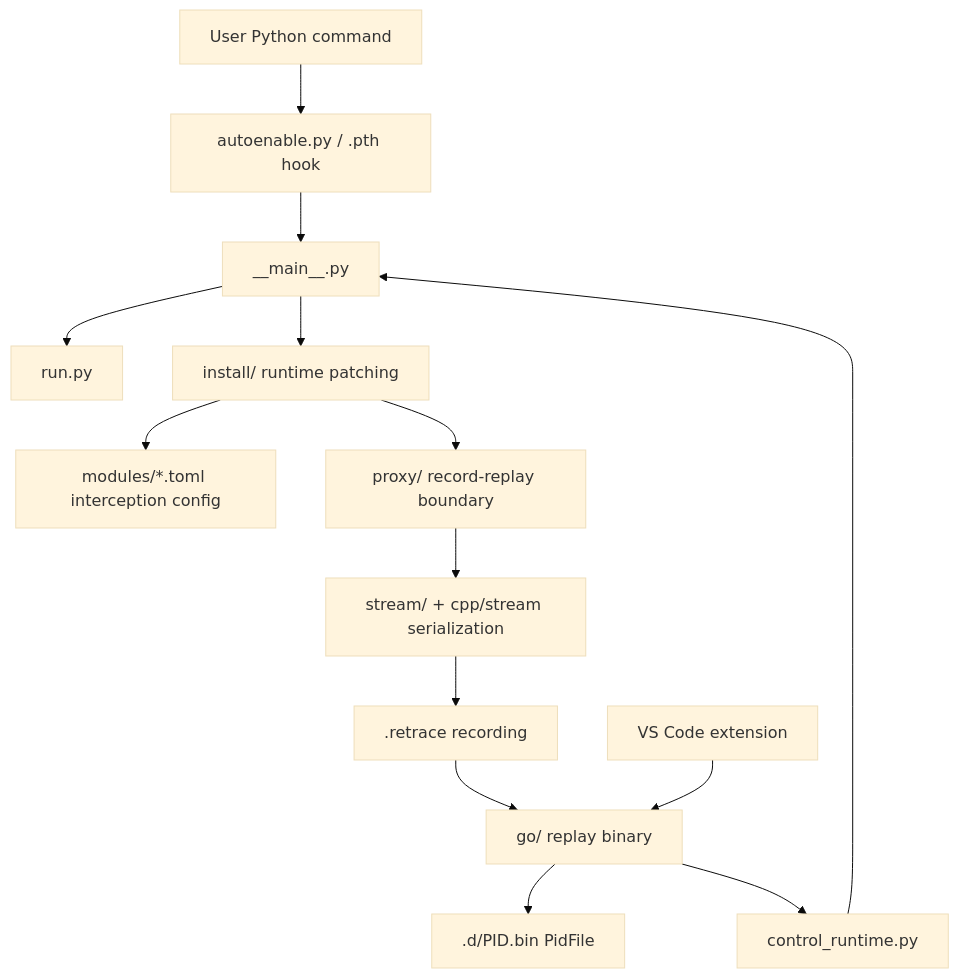
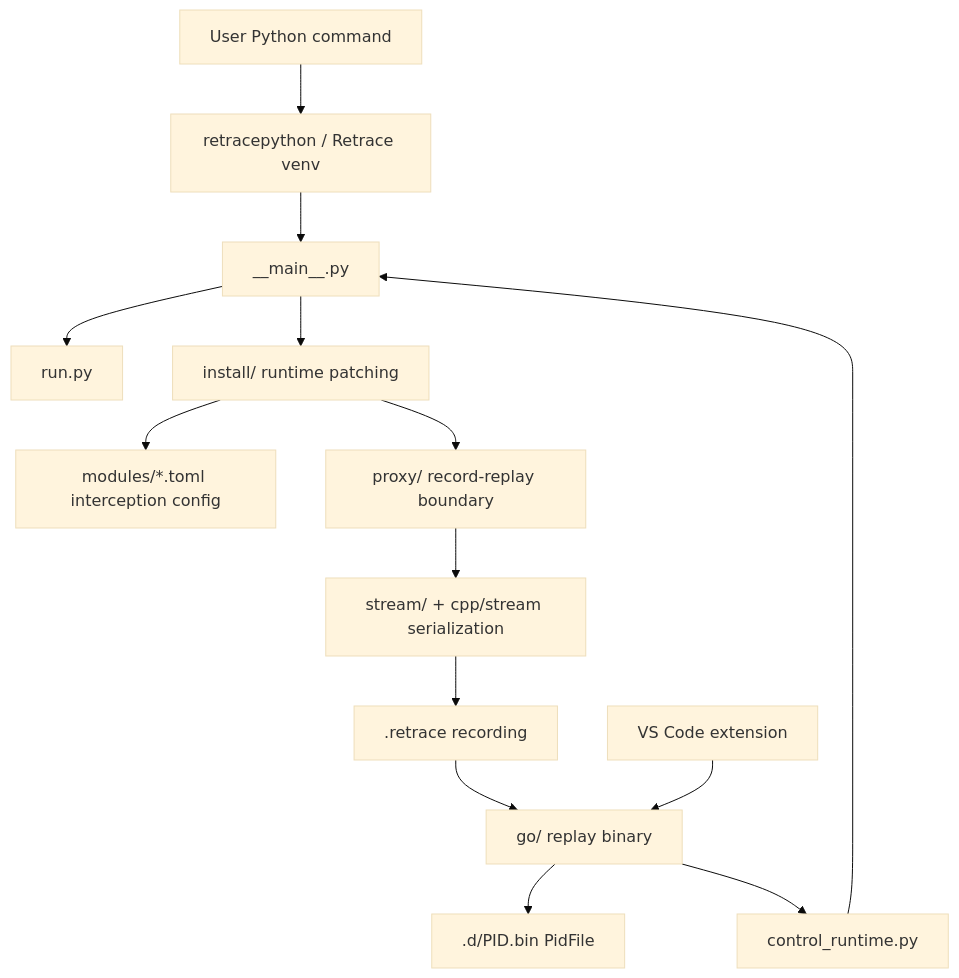
One commit to retracesoftware/retracesoftware changed the diagram in docs/internals/architecture.md. Above: the diagram before and after it, drawn with Mermaid (base theme). The commit also changed other lines of this file and 55 other files, not shown here.

Commit message:
Add explicit Retrace launchers and auto-debug

````diff
--- a/docs/internals/architecture.md
+++ b/docs/internals/architecture.md
@@ -21,30 +21,30 @@
 ```mermaid
 flowchart TD
     APP["User Python command"]
-    AUTO["autoenable.py / .pth hook"]
+    LAUNCH["retracepython / Retrace venv"]
     CLI["__main__.py"]
     RUN["run.py"]
     INSTALL["install/ runtime patching"]
     MODULES["modules/*.toml interception config"]
     PROXY["proxy/ record-replay boundary"]
     STREAM["stream/ + cpp/stream serialization"]
     TRACE[".retrace recording"]
     GO["go/ replay binary"]
     PID[".d/PID.bin PidFile"]
     VSCODE["VS Code extension"]
     CTRL["control_runtime.py"]
 
-    APP --> AUTO
-    AUTO --> CLI
+    APP --> LAUNCH
+    LAUNCH --> CLI
     CLI --> RUN
     CLI --> INSTALL
     INSTALL --> MODULES
     INSTALL --> PROXY
     PROXY --> STREAM
     STREAM --> TRACE
     TRACE --> GO
     GO --> PID
     VSCODE --> GO
     GO --> CTRL
     CTRL --> CLI
 ```
````
